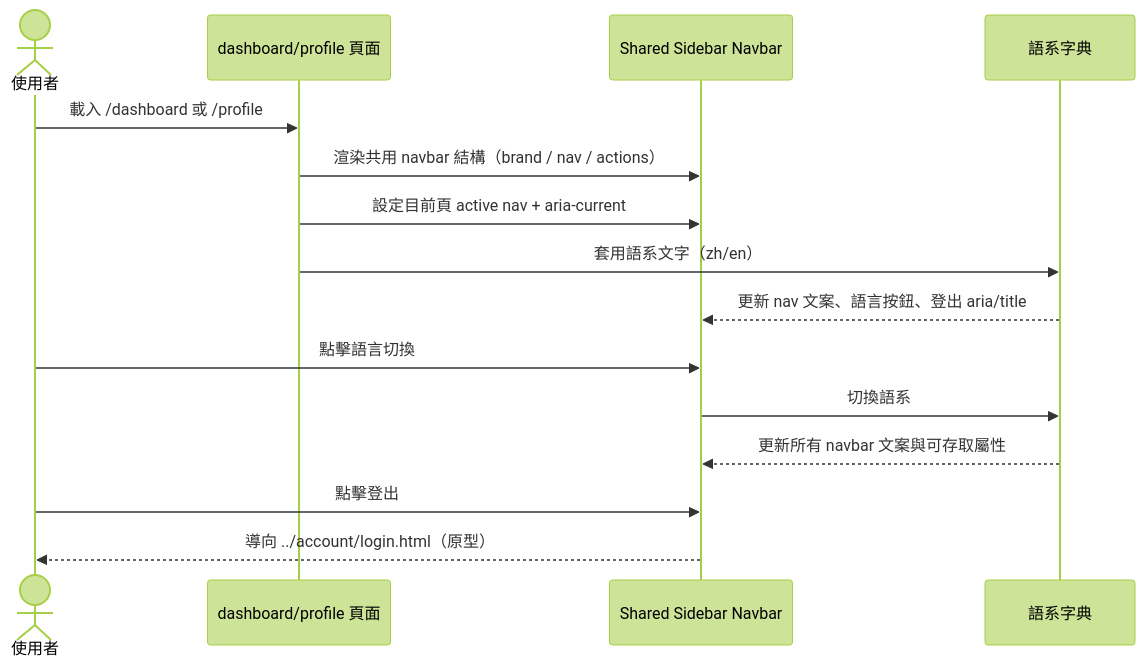
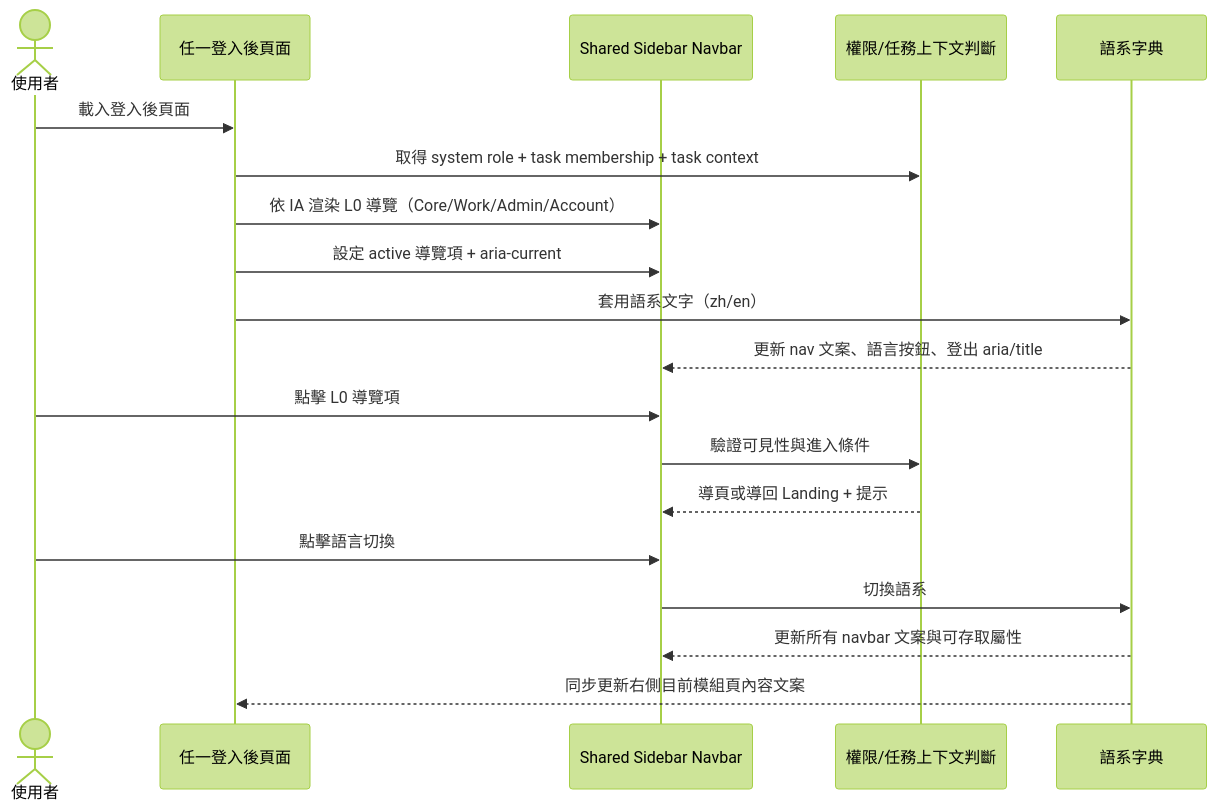
Before and after one commit to singyichen/label-suite: the first of 2 diagrams in specs/shared/008-sidebar-navbar-shared/spec.md, drawn with Mermaid (forest theme). The commit also changed other lines of this file and 13 other files, not shown here.

````diff
--- a/specs/shared/008-sidebar-navbar-shared/spec.md
+++ b/specs/shared/008-sidebar-navbar-shared/spec.md
@@ -20,20 +20,24 @@
 ```mermaid
 sequenceDiagram
     actor 使用者
-    participant 頁面 as dashboard/profile 頁面
+    participant 頁面 as 任一登入後頁面
     participant navbar as Shared Sidebar Navbar
+    participant authz as 權限/任務上下文判斷
     participant i18n as 語系字典
 
-    使用者->>頁面: 載入 /dashboard 或 /profile
-    頁面->>navbar: 渲染共用 navbar 結構（brand / nav / actions）
-    頁面->>navbar: 設定目前頁 active nav + aria-current
+    使用者->>頁面: 載入登入後頁面
+    頁面->>authz: 取得 system role + task membership + task context
+    頁面->>navbar: 依 IA 渲染 L0 導覽（Core/Work/Admin/Account）
+    頁面->>navbar: 設定 active 導覽項 + aria-current
     頁面->>i18n: 套用語系文字（zh/en）
     i18n-->>navbar: 更新 nav 文案、語言按鈕、登出 aria/title
+
+    使用者->>navbar: 點擊 L0 導覽項
+    navbar->>authz: 驗證可見性與進入條件
+    authz-->>navbar: 導頁或導回 Landing + 提示
 
     使用者->>navbar: 點擊語言切換
     navbar->>i18n: 切換語系
     i18n-->>navbar: 更新所有 navbar 文案與可存取屬性
-
-    使用者->>navbar: 點擊登出
-    navbar-->>使用者: 導向 ../account/login.html（原型）
+    i18n-->>頁面: 同步更新右側目前模組頁內容文案
 ```
````
